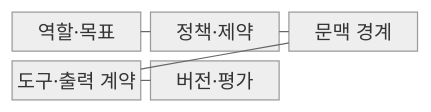
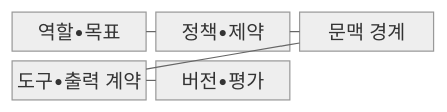
The first of 2 diagrams in src/content/docs/notes/08-latest-tech/037_system_prompt.md (agnusdei1207/knowledge-base), drawn with Mermaid (neutral theme) before and after one commit. The commit also changed other lines of this file and 953 other files, not shown here.

````diff
--- a/src/content/docs/notes/08-latest-tech/037_system_prompt.md
+++ b/src/content/docs/notes/08-latest-tech/037_system_prompt.md
@@ -68,13 +68,13 @@
 ```mermaid
 block-beta
   columns 3
-  role["역할·목표"]
-  policy["정책·제약"]
+  role["역할•목표"]
+  policy["정책•제약"]
   context["문맥 경계"]
-  contract["도구·출력 계약"]
-  version["버전·평가"]
+  contract["도구•출력 계약"]
+  version["버전•평가"]
   role --- policy
   policy --- context
   context --- contract
   contract --- version
 ```
````
